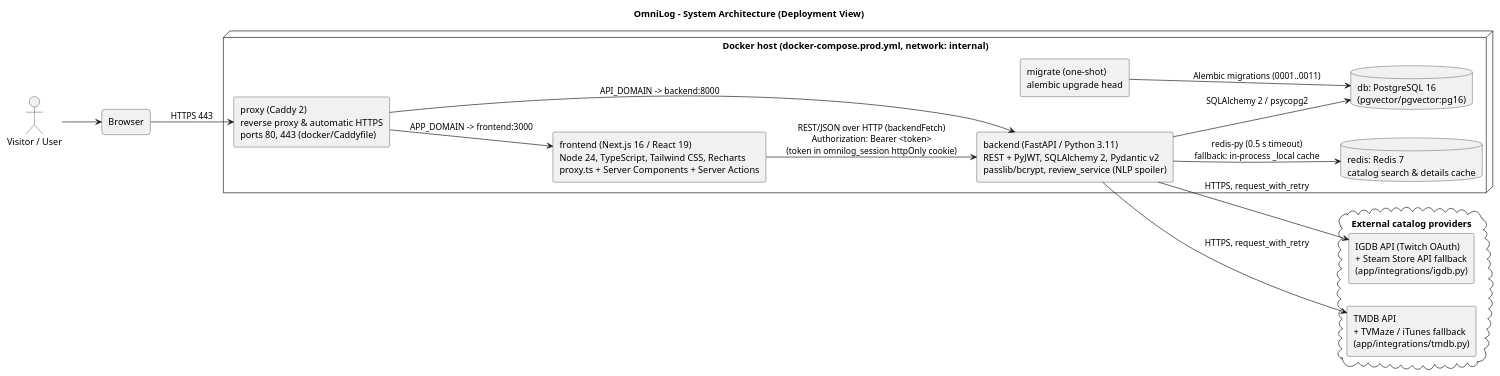
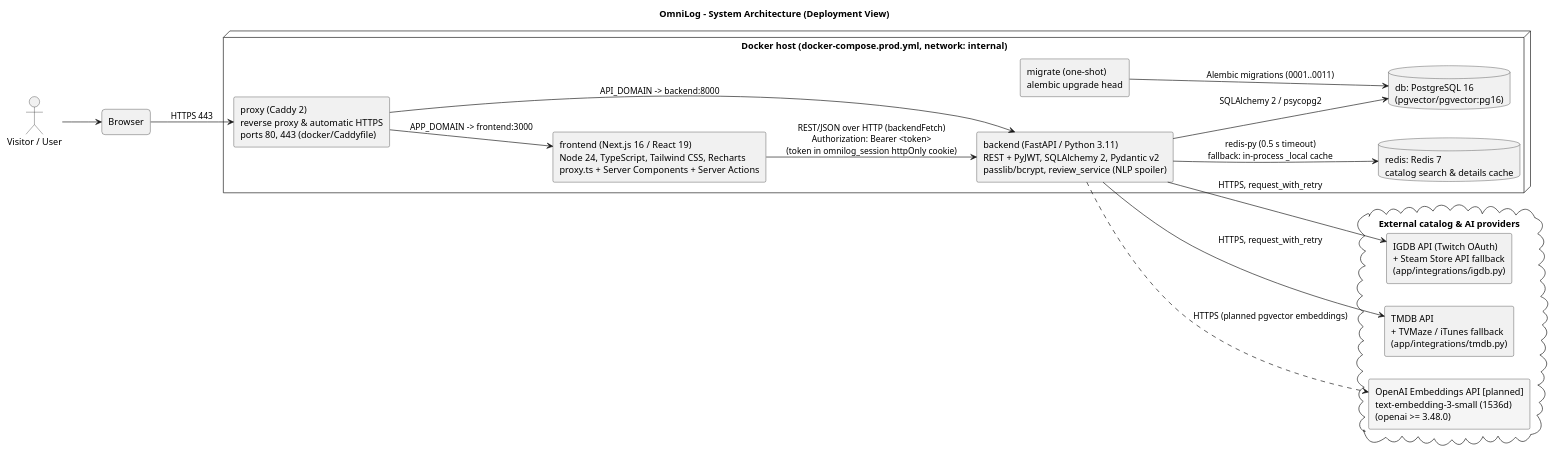
One commit to metezd/OmniLog changed the diagram in docs/design/arch/01-system-architecture.puml. Above: the diagram before and after it, drawn with PlantUML. The commit also changed 4 other files, not shown here.

Commit message:
docs(design): refine report with TOC, sequence walkthroughs, and latest main sync

```diff
--- a/docs/design/arch/01-system-architecture.puml
+++ b/docs/design/arch/01-system-architecture.puml
@@ -1,36 +1,38 @@
 @startuml 01-system-architecture
 title OmniLog - System Architecture (Deployment View)
 skinparam shadowing false
 skinparam defaultFontName Helvetica
 skinparam componentStyle rectangle
 skinparam RectangleRoundCorner 10
 left to right direction
 
 actor "Visitor / User" as U
 rectangle "Browser" as B
 
 node "Docker host (docker-compose.prod.yml, network: internal)" {
   component "proxy (Caddy 2)\nreverse proxy & automatic HTTPS\nports 80, 443 (docker/Caddyfile)" as P
   component "frontend (Next.js 16 / React 19)\nNode 24, TypeScript, Tailwind CSS, Recharts\nproxy.ts + Server Components + Server Actions" as FE
   component "backend (FastAPI / Python 3.11)\nREST + PyJWT, SQLAlchemy 2, Pydantic v2\npasslib/bcrypt, review_service (NLP spoiler)" as BE
   component "migrate (one-shot)\nalembic upgrade head" as MIG
   database "db: PostgreSQL 16\n(pgvector/pgvector:pg16)" as PG
   database "redis: Redis 7\ncatalog search & details cache" as R
 }
 
-cloud "External catalog providers" {
+cloud "External catalog & AI providers" {
   component "IGDB API (Twitch OAuth)\n+ Steam Store API fallback\n(app/integrations/igdb.py)" as IGDB
   component "TMDB API\n+ TVMaze / iTunes fallback\n(app/integrations/tmdb.py)" as TMDB
+  component "OpenAI Embeddings API [planned]\ntext-embedding-3-small (1536d)\n(openai >= 3.48.0)" as AI #F5F5F5
 }
 
 U --> B
 B --> P : HTTPS 443
 P --> FE : APP_DOMAIN -> frontend:3000
 P --> BE : API_DOMAIN -> backend:8000
 FE --> BE : REST/JSON over HTTP (backendFetch)\nAuthorization: Bearer <token>\n(token in omnilog_session httpOnly cookie)
 BE --> PG : SQLAlchemy 2 / psycopg2
 BE --> R : redis-py (0.5 s timeout)\nfallback: in-process _local cache
 BE --> IGDB : HTTPS, request_with_retry
 BE --> TMDB : HTTPS, request_with_retry
+BE ..> AI : HTTPS (planned pgvector embeddings)
 MIG --> PG : Alembic migrations (0001..0011)
 @enduml
```
